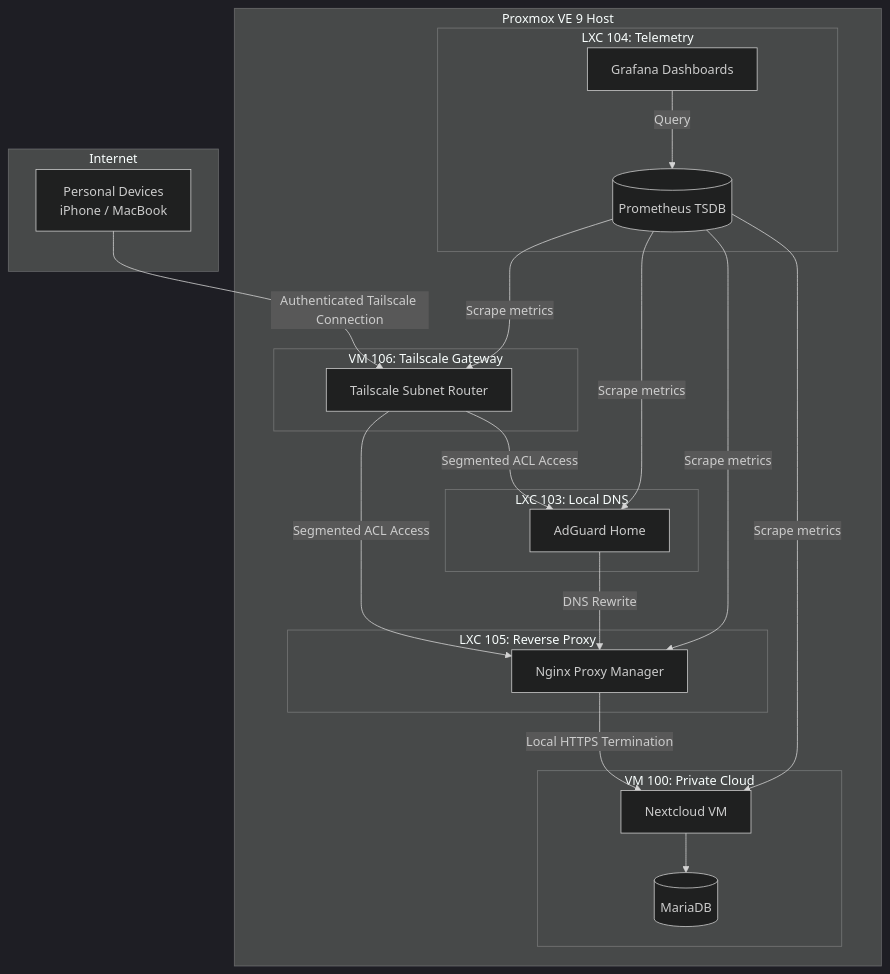
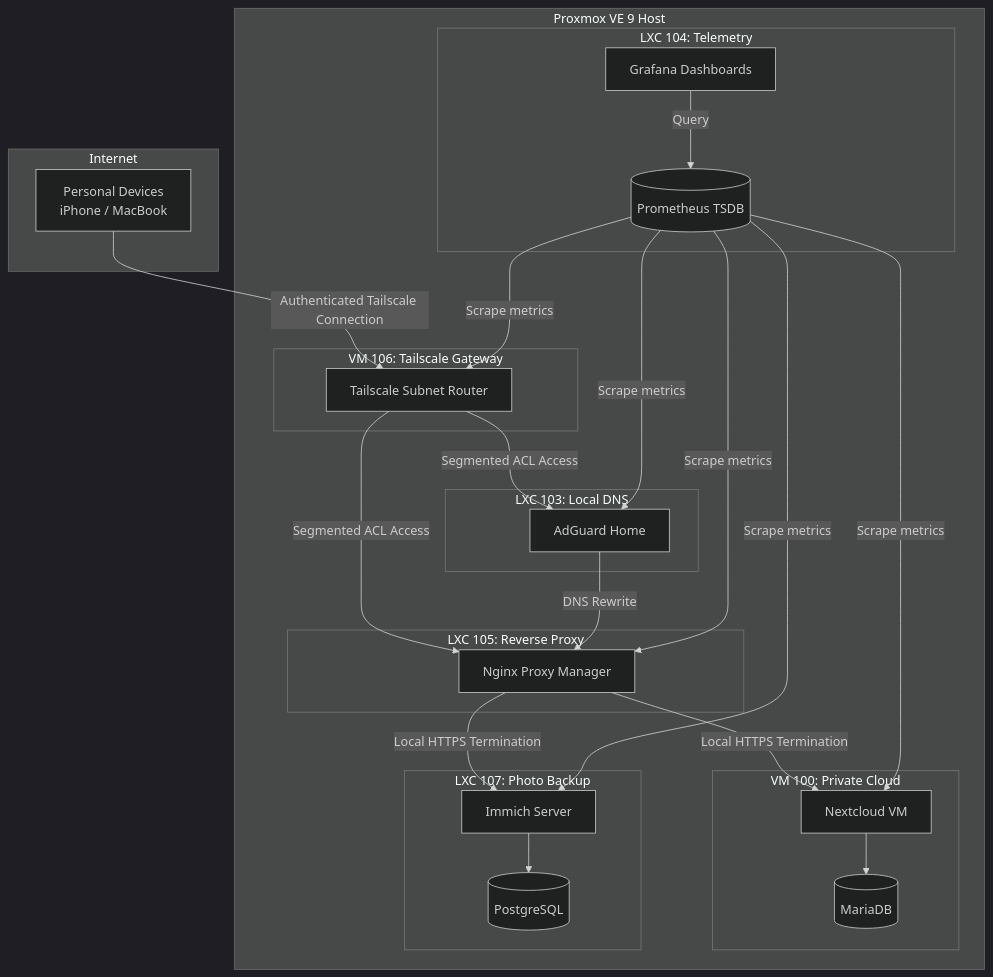
One commit to weronika-kawa/homelab-infrastructure changed the diagram in README.md. Above: the diagram before and after it, drawn with Mermaid (dark theme). The commit also changed other lines of this file and 2 other files, not shown here.

Commit message:
feat(services): add Docker Compose and env templates for Immich photo backup

````diff
--- a/README.md
+++ b/README.md
@@ -17,45 +17,53 @@
 ```mermaid
 graph TD
     subgraph Internet
         client[Personal Devices<br/>iPhone / MacBook]
     end
 
     subgraph Proxmox VE 9 Host
         subgraph VM 106: Tailscale Gateway
             vpn[Tailscale Subnet Router]
         end
 
         subgraph LXC 105: Reverse Proxy
             npm[Nginx Proxy Manager]
         end
 
         subgraph LXC 103: Local DNS
             agh[AdGuard Home]
         end
 
         subgraph VM 100: Private Cloud
             nc[Nextcloud VM]
-            db[(MariaDB)]
+            db_nc[(MariaDB)]
+        end
+
+        subgraph LXC 107: Photo Backup
+            immich[Immich Server]
+            db_im[(PostgreSQL)]
         end
 
         subgraph LXC 104: Telemetry
             prom[(Prometheus TSDB)]
             graf[Grafana Dashboards]
         end
     end
 
     %% Routing Flows
     client -->|Authenticated Tailscale Connection| vpn
     vpn -->|Segmented ACL Access| agh
     vpn -->|Segmented ACL Access| npm
     agh -->|DNS Rewrite| npm
     npm -->|Local HTTPS Termination| nc
-    nc --> db
+    npm -->|Local HTTPS Termination| immich
+    nc --> db_nc
+    immich --> db_im
     
     %% Monitoring Flows
     prom -->|Scrape metrics| vpn
     prom -->|Scrape metrics| npm
     prom -->|Scrape metrics| nc
     prom -->|Scrape metrics| agh
+    prom -->|Scrape metrics| immich
     graf -->|Query| prom
 ```
````
